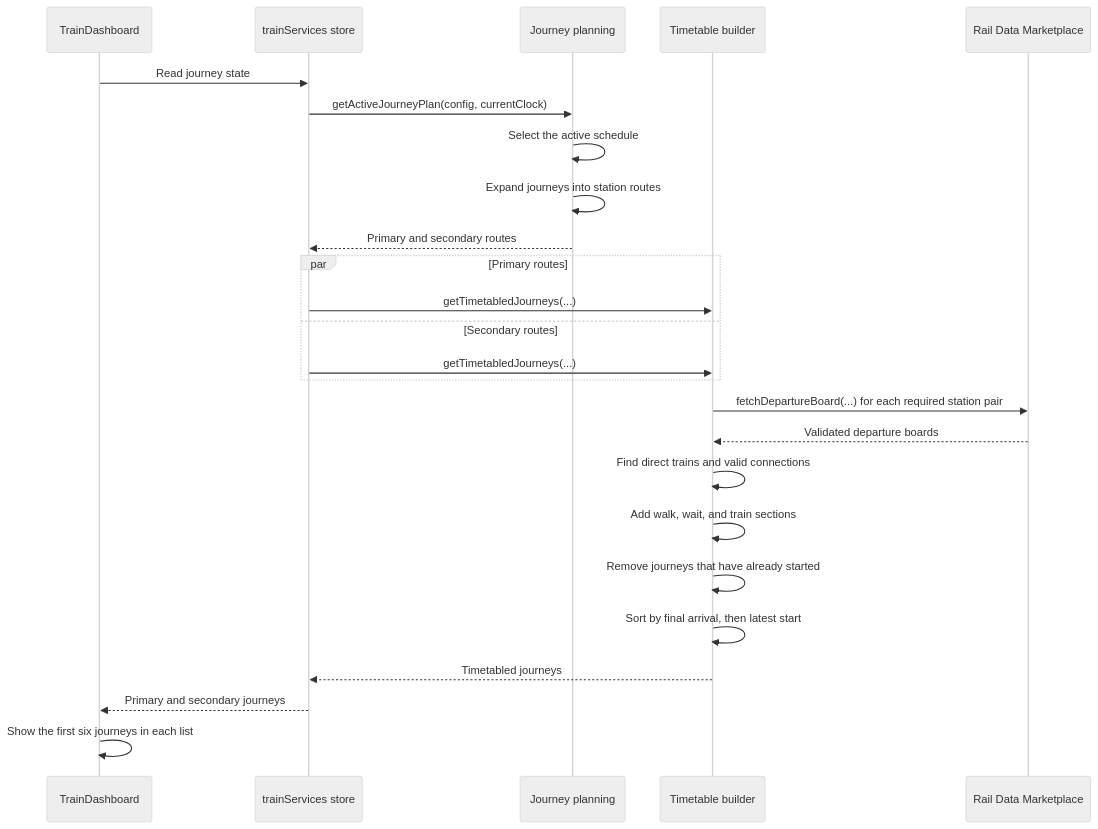
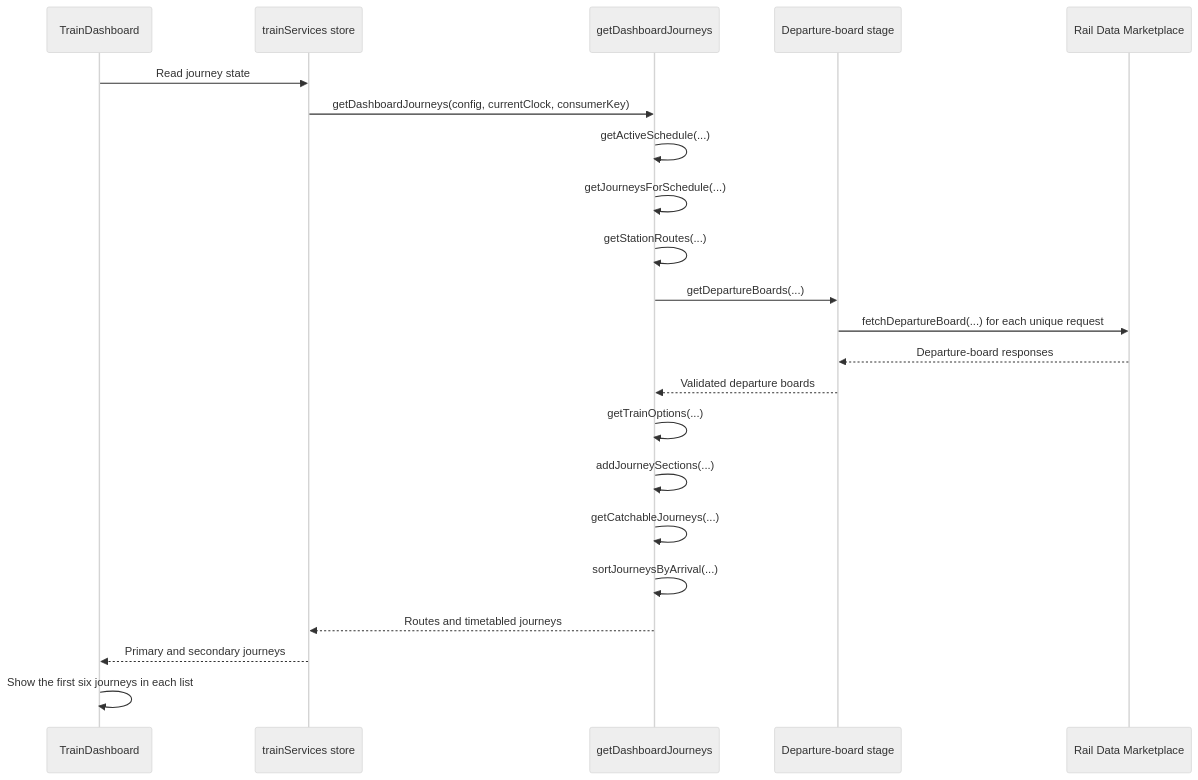
The first of 2 diagrams in docs/journey-planning.md (nd9600/trainDashboard), drawn with Mermaid (neutral theme) before and after one commit. The commit also changed other lines of this file and 17 other files, not shown here.

Commit message:
reorganised journey planning

````diff
--- a/docs/journey-planning.md
+++ b/docs/journey-planning.md
@@ -29,30 +29,25 @@
 ```mermaid
 sequenceDiagram
     participant UI as TrainDashboard
     participant Store as trainServices store
-    participant Plan as Journey planning
-    participant Timetable as Timetable builder
+    participant Pipeline as getDashboardJourneys
+    participant Boards as Departure-board stage
     participant API as Rail Data Marketplace
 
     UI->>Store: Read journey state
-    Store->>Plan: getActiveJourneyPlan(config, currentClock)
-    Plan->>Plan: Select the active schedule
-    Plan->>Plan: Expand journeys into station routes
-    Plan-->>Store: Primary and secondary routes
-
-    par Primary routes
-        Store->>Timetable: getTimetabledJourneys(...)
-    and Secondary routes
-        Store->>Timetable: getTimetabledJourneys(...)
-    end
-
-    Timetable->>API: fetchDepartureBoard(...) for each required station pair
-    API-->>Timetable: Validated departure boards
-    Timetable->>Timetable: Find direct trains and valid connections
-    Timetable->>Timetable: Add walk, wait, and train sections
-    Timetable->>Timetable: Remove journeys that have already started
-    Timetable->>Timetable: Sort by final arrival, then latest start
-    Timetable-->>Store: Timetabled journeys
+    Store->>Pipeline: getDashboardJourneys(config, currentClock, consumerKey)
+    Pipeline->>Pipeline: getActiveSchedule(...)
+    Pipeline->>Pipeline: getJourneysForSchedule(...)
+    Pipeline->>Pipeline: getStationRoutes(...)
+    Pipeline->>Boards: getDepartureBoards(...)
+    Boards->>API: fetchDepartureBoard(...) for each unique request
+    API-->>Boards: Departure-board responses
+    Boards-->>Pipeline: Validated departure boards
+    Pipeline->>Pipeline: getTrainOptions(...)
+    Pipeline->>Pipeline: addJourneySections(...)
+    Pipeline->>Pipeline: getCatchableJourneys(...)
+    Pipeline->>Pipeline: sortJourneysByArrival(...)
+    Pipeline-->>Store: Routes and timetabled journeys
     Store-->>UI: Primary and secondary journeys
     UI->>UI: Show the first six journeys in each list
 ```
````
